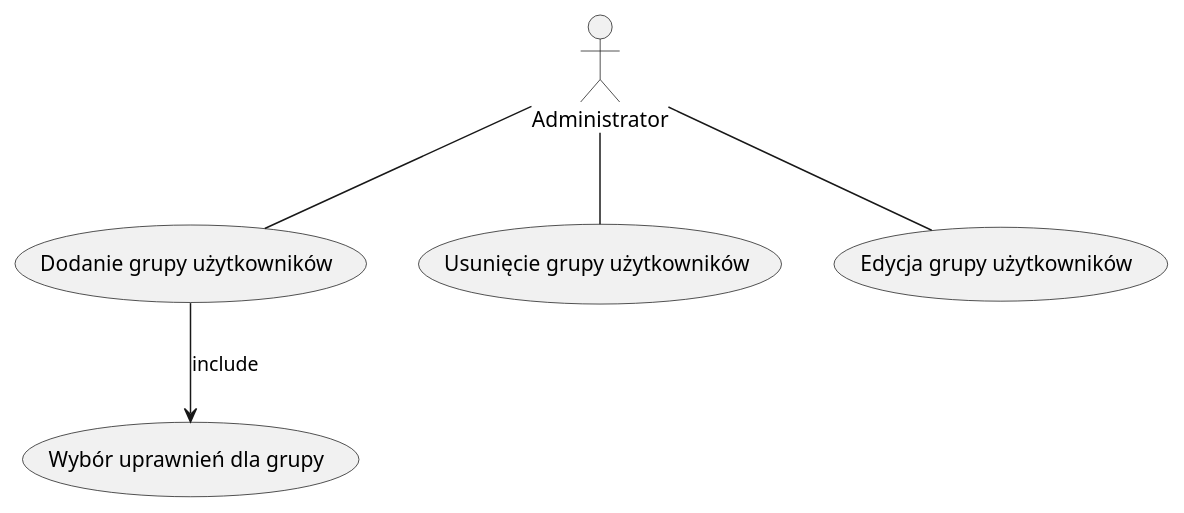
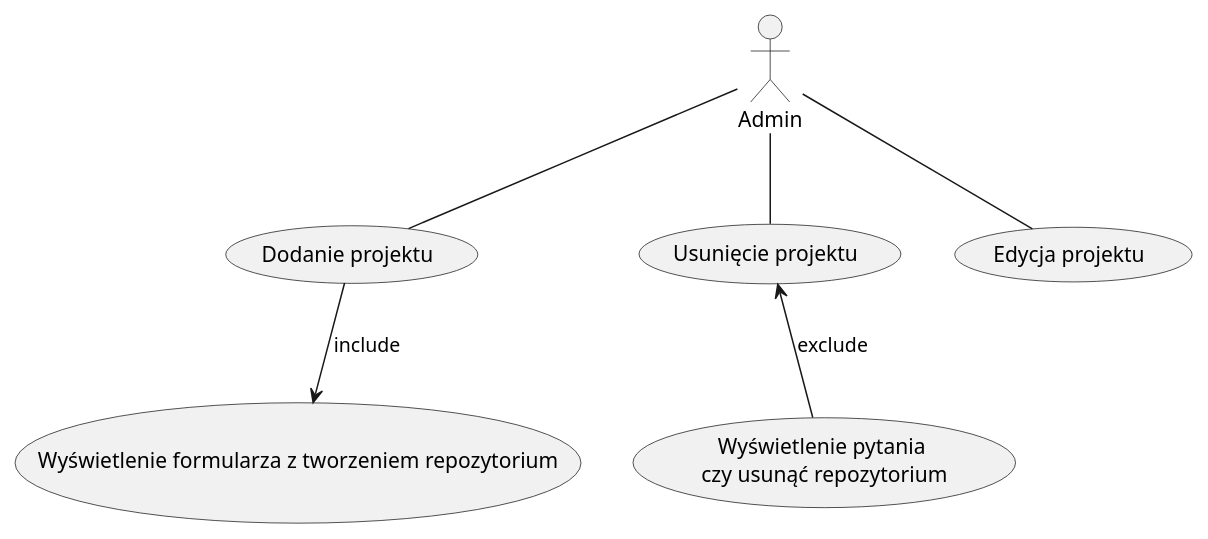
The first of 2 diagrams in docs/funkcjonalnosci/aplikacja/projekt.md (BurdalskiBartosz/effective-combine), drawn with PlantUML before and after one commit. The commit also changed other lines of this file and 7 other files, not shown here.

```diff
--- a/docs/funkcjonalnosci/aplikacja/projekt.md
+++ b/docs/funkcjonalnosci/aplikacja/projekt.md
@@ -41,8 +10,9 @@
 @startuml
-actor Administrator
+actor Admin
 
-Administrator -- (Dodanie grupy użytkowników)
-(Dodanie grupy użytkowników) --> (Wybór uprawnień dla grupy) : include
-Administrator -- (Usunięcie grupy użytkowników)
-Administrator -- (Edycja grupy użytkowników)
+Admin -- (Dodanie projektu)
+(Dodanie projektu) --> (Wyświetlenie formularza z tworzeniem repozytorium) : include
+Admin -- (Usunięcie projektu)
+(Usunięcie projektu) <-- (Wyświetlenie pytania \nczy usunąć repozytorium) : exclude
+Admin -- (Edycja projektu)
 @enduml
```
